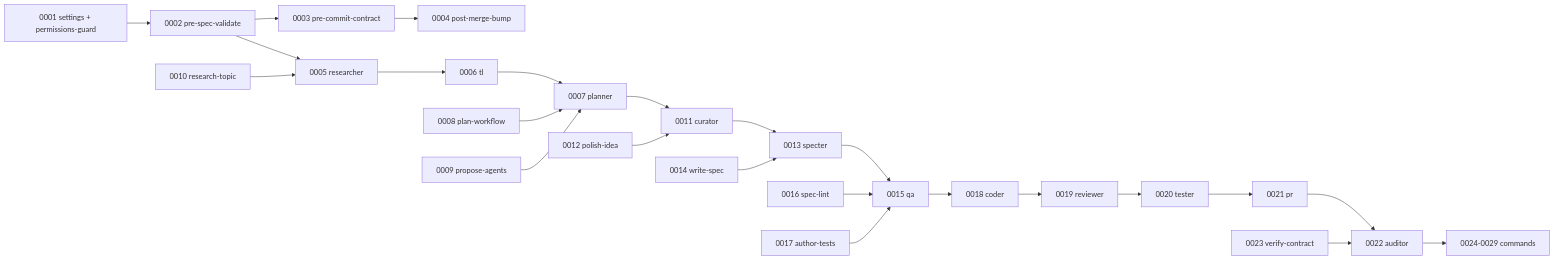
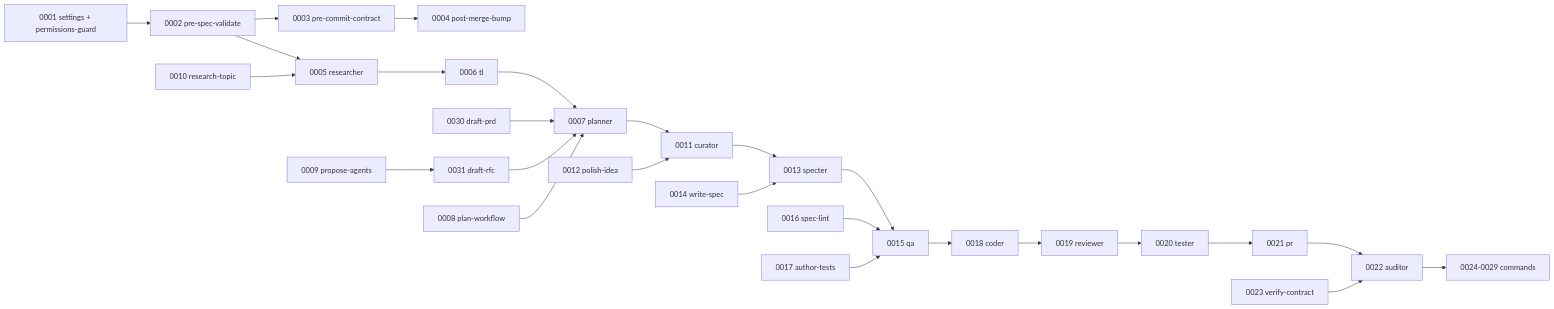
The diagram in .claude/specs/workflow.md (Christian-Rojas-Rodriguez/open-factory-spec), drawn with Mermaid before and after one commit. The commit also changed other lines of this file and 23 other files, not shown here.

````diff
--- a/.claude/specs/workflow.md
+++ b/.claude/specs/workflow.md
@@ -133,45 +139,49 @@
 ```mermaid
 graph LR
     F[0001 settings + permissions-guard]
     H2[0002 pre-spec-validate]
     H3[0003 pre-commit-contract]
     H4[0004 post-merge-bump]
     R[0005 researcher]
     T[0006 tl]
     P[0007 planner]
     S8[0008 plan-workflow]
     S9[0009 propose-agents]
     S10[0010 research-topic]
     Cu[0011 curator]
     S12[0012 polish-idea]
     Sp[0013 specter]
     S14[0014 write-spec]
     QA[0015 qa]
     S16[0016 spec-lint]
     S17[0017 author-tests]
     Co[0018 coder]
     Rv[0019 reviewer]
     Te[0020 tester]
     PR[0021 pr]
     Au[0022 auditor]
     S23[0023 verify-contract]
     Cmds[0024-0029 commands]
+    S30[0030 draft-prd]
+    S31[0031 draft-rfc]
 
     F --> H2 --> H3 --> H4
     H2 --> R --> T
     T --> P
+    S30 --> P
+    S31 --> P
     S8 --> P
-    S9 --> P
+    S9 --> S31
     S10 --> R
     P --> Cu
     S12 --> Cu
     Cu --> Sp
     S14 --> Sp
     Sp --> QA
     S16 --> QA
     S17 --> QA
     QA --> Co --> Rv
     Rv --> Te --> PR --> Au
     S23 --> Au
     Au --> Cmds
 ```
````
